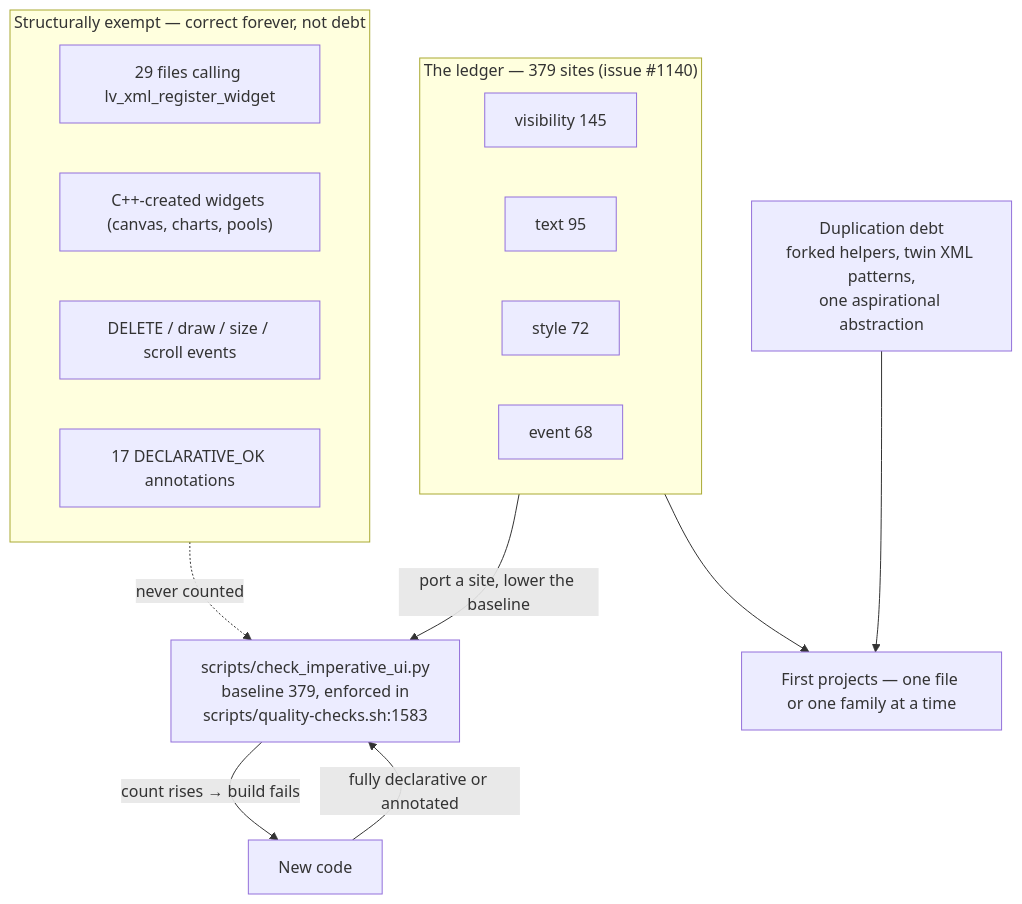
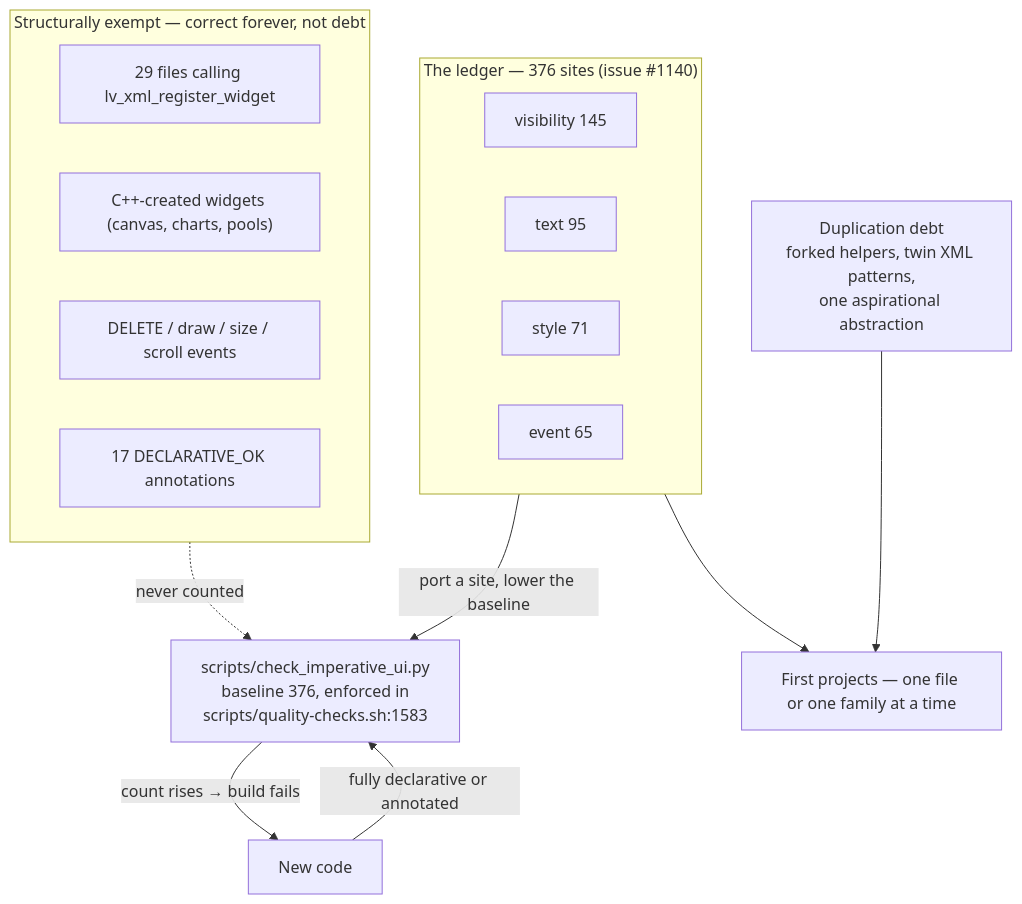
Before and after one commit to prestonbrown/helixscreen: the diagram in docs/devel/architecture/15-known-debt.md, drawn with Mermaid. The commit also changed other lines of this file and 12 other files, not shown here.

````diff
--- a/docs/devel/architecture/15-known-debt.md
+++ b/docs/devel/architecture/15-known-debt.md
@@ -7,26 +7,26 @@
 ```mermaid
 flowchart TD
     NEW["New code"] -->|"fully declarative or annotated"| GATE
 
-    subgraph LEDGER["The ledger — 379 sites (issue #1140)"]
+    subgraph LEDGER["The ledger — 376 sites (issue #1140)"]
         V["visibility 145"]
         T["text 95"]
-        S["style 72"]
-        E["event 68"]
+        S["style 71"]
+        E["event 65"]
     end
 
-    GATE["scripts/check_imperative_ui.py<br/>baseline 379, enforced in<br/>scripts/quality-checks.sh:1583"]
+    GATE["scripts/check_imperative_ui.py<br/>baseline 376, enforced in<br/>scripts/quality-checks.sh:1583"]
     LEDGER -->|"port a site, lower the baseline"| GATE
     GATE -->|"count rises → build fails"| NEW
 
     subgraph EXEMPT["Structurally exempt — correct forever, not debt"]
         W["29 files calling lv_xml_register_widget"]
         C["C++-created widgets (canvas, charts, pools)"]
         H["DELETE / draw / size / scroll events"]
         A["17 DECLARATIVE_OK annotations"]
     end
     EXEMPT -.->|"never counted"| GATE
 
     DUP["Duplication debt<br/>forked helpers, twin XML patterns,<br/>one aspirational abstraction"] --> PROJECTS
     LEDGER --> PROJECTS["First projects — one file or one family at a time"]
 ```
````
